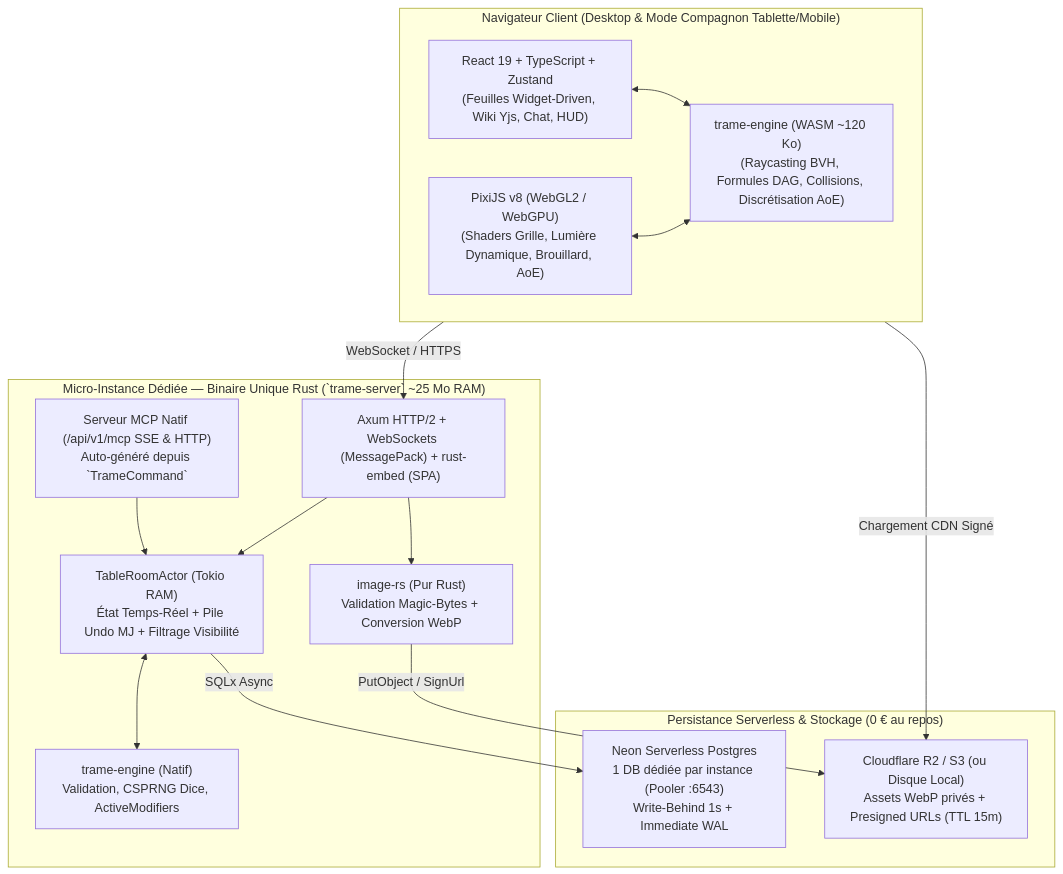
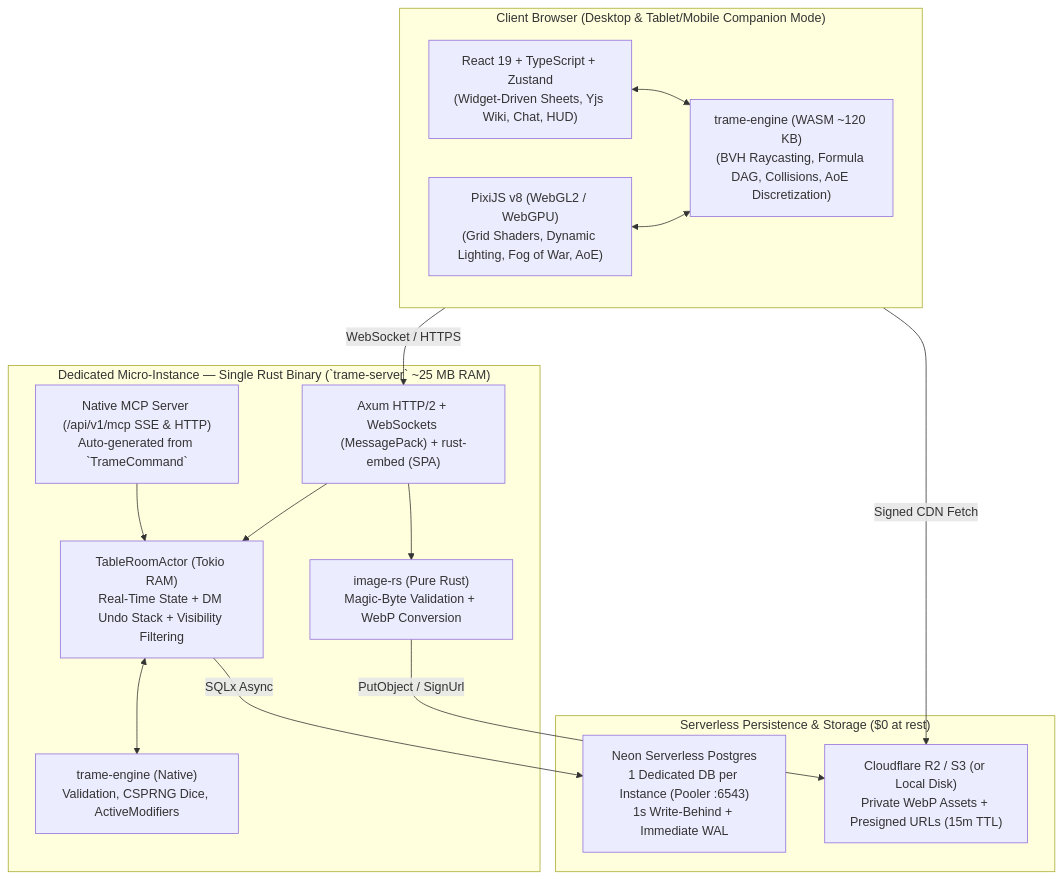
Before and after one commit to Hartorn-Inc/trame: the diagram in docs/specs/ARCHITECTURE.md, drawn with Mermaid. The commit also changed other lines of this file and 29 other files, not shown here.

Commit message:
docs: translate all specs/ADRs to English and add architectural module documentation

````diff
--- a/docs/specs/ARCHITECTURE.md
+++ b/docs/specs/ARCHITECTURE.md
@@ -23,33 +23,33 @@
 ```mermaid
 graph TB
-    subgraph Client["Navigateur Client (Desktop & Mode Compagnon Tablette/Mobile)"]
-        React["React 19 + TypeScript + Zustand\n(Feuilles Widget-Driven, Wiki Yjs, Chat, HUD)"]
-        Pixi["PixiJS v8 (WebGL2 / WebGPU)\n(Shaders Grille, Lumière Dynamique, Brouillard, AoE)"]
-        Wasm["trame-engine (WASM ~120 Ko)\n(Raycasting BVH, Formules DAG, Collisions, Discrétisation AoE)"]
+    subgraph Client["Client Browser (Desktop & Tablet/Mobile Companion Mode)"]
+        React["React 19 + TypeScript + Zustand\n(Widget-Driven Sheets, Yjs Wiki, Chat, HUD)"]
+        Pixi["PixiJS v8 (WebGL2 / WebGPU)\n(Grid Shaders, Dynamic Lighting, Fog of War, AoE)"]
+        Wasm["trame-engine (WASM ~120 KB)\n(BVH Raycasting, Formula DAG, Collisions, AoE Discretization)"]
         React <--> Wasm
         Pixi <--> Wasm
     end
 
-    subgraph Server["Micro-Instance Dédiée — Binaire Unique Rust (`trame-server` ~25 Mo RAM)"]
+    subgraph Server["Dedicated Micro-Instance — Single Rust Binary (`trame-server` ~25 MB RAM)"]
         Axum["Axum HTTP/2 + WebSockets (MessagePack) + rust-embed (SPA)"]
-        MCP["Serveur MCP Natif (/api/v1/mcp SSE & HTTP)\nAuto-généré depuis `TrameCommand`"]
-        Actor["TableRoomActor (Tokio RAM)\nÉtat Temps-Réel + Pile Undo MJ + Filtrage Visibilité"]
-        EngineSrv["trame-engine (Natif)\nValidation, CSPRNG Dice, ActiveModifiers"]
-        Img["image-rs (Pur Rust)\nValidation Magic-Bytes + Conversion WebP"]
+        MCP["Native MCP Server (/api/v1/mcp SSE & HTTP)\nAuto-generated from `TrameCommand`"]
+        Actor["TableRoomActor (Tokio RAM)\nReal-Time State + DM Undo Stack + Visibility Filtering"]
+        EngineSrv["trame-engine (Native)\nValidation, CSPRNG Dice, ActiveModifiers"]
+        Img["image-rs (Pure Rust)\nMagic-Byte Validation + WebP Conversion"]
 
         Axum --> Actor
         MCP --> Actor
         Actor <--> EngineSrv
         Axum --> Img
     end
 
-    subgraph Infra["Persistance Serverless & Stockage (0 € au repos)"]
-        Neon["Neon Serverless Postgres\n1 DB dédiée par instance (Pooler :6543)\nWrite-Behind 1s + Immediate WAL"]
-        R2["Cloudflare R2 / S3 (ou Disque Local)\nAssets WebP privés + Presigned URLs (TTL 15m)"]
+    subgraph Infra["Serverless Persistence & Storage ($0 at rest)"]
+        Neon["Neon Serverless Postgres\n1 Dedicated DB per Instance (Pooler :6543)\n1s Write-Behind + Immediate WAL"]
+        R2["Cloudflare R2 / S3 (or Local Disk)\nPrivate WebP Assets + Presigned URLs (15m TTL)"]
     end
 
     Client -- "WebSocket / HTTPS" --> Axum
     Actor -- "SQLx Async" --> Neon
     Img -- "PutObject / SignUrl" --> R2
-    Client -- "Chargement CDN Signé" --> R2
+    Client -- "Signed CDN Fetch" --> R2
 ```
````
